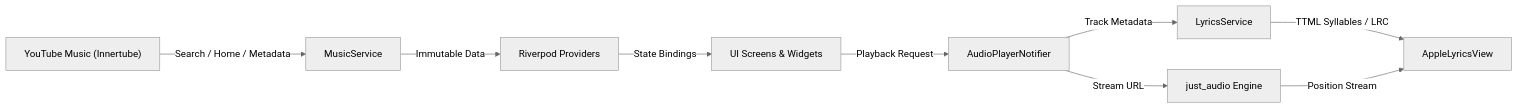
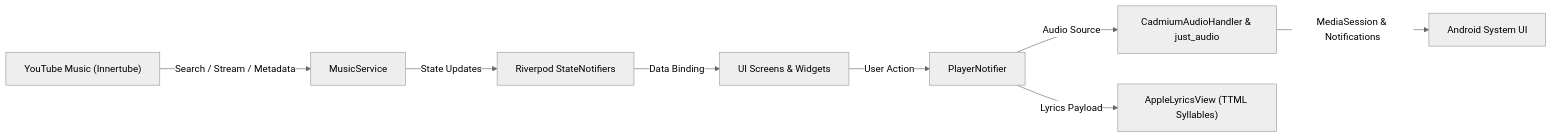
Before and after one commit to dev-o-los/cadmium: the diagram in README.md, drawn with Mermaid (neutral theme). The commit also changed other lines of this file and 3 other files, not shown here.

````diff
--- a/README.md
+++ b/README.md
@@ -117,11 +145,10 @@
 ```mermaid
 flowchart LR
-    A["YouTube Music (Innertube)"] -->|"Search / Home / Metadata"| B["MusicService"]
-    B -->|"Immutable Data"| C["Riverpod Providers"]
-    C -->|"State Bindings"| D["UI Screens & Widgets"]
-    D -->|"Playback Request"| E["AudioPlayerNotifier"]
-    E -->|"Stream URL"| F["just_audio Engine"]
-    E -->|"Track Metadata"| G["LyricsService"]
-    G -->|"TTML Syllables / LRC"| H["AppleLyricsView"]
-    F -->|"Position Stream"| H
+    A["YouTube Music (Innertube)"] -->|"Search / Stream / Metadata"| B["MusicService"]
+    B -->|"State Updates"| C["Riverpod StateNotifiers"]
+    C -->|"Data Binding"| D["UI Screens & Widgets"]
+    D -->|"User Action"| E["PlayerNotifier"]
+    E -->|"Audio Source"| F["CadmiumAudioHandler & just_audio"]
+    F -->|"MediaSession & Notifications"| G["Android System UI"]
+    E -->|"Lyrics Payload"| H["AppleLyricsView (TTML Syllables)"]
 ```
````
